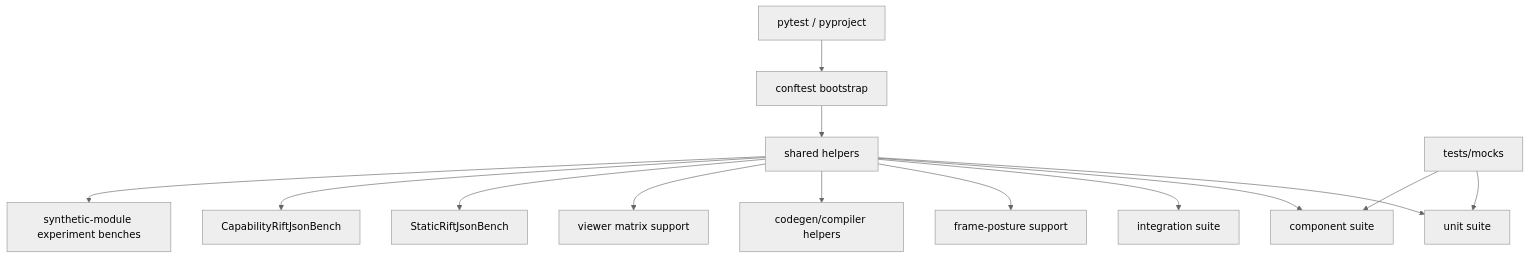
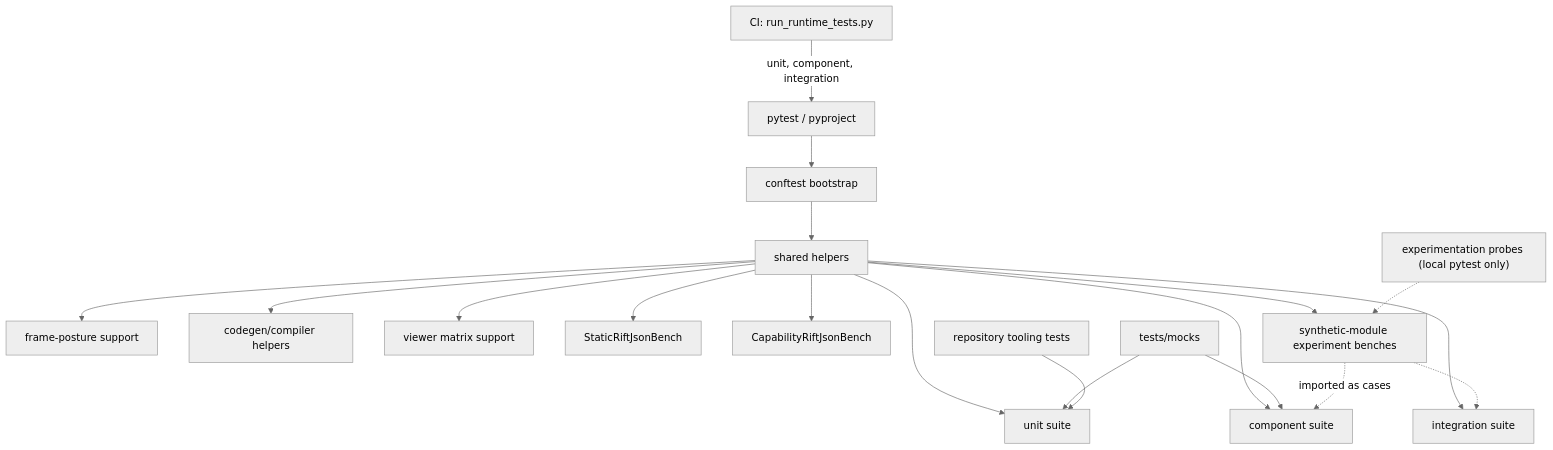
The diagram in context_compass/system_docs/tests_components.md (Synaptic724/melder), drawn with Mermaid (neutral theme) before and after one commit. The commit also changed other lines of this file and 46 other files, not shown here.

````diff
--- a/context_compass/system_docs/tests_components.md
+++ b/context_compass/system_docs/tests_components.md
@@ -1549,16 +2366,21 @@
 ```mermaid
 graph TD
+  CI["CI: run_runtime_tests.py"] -->|"unit, component, integration"| P
   P["pytest / pyproject"] --> C["conftest bootstrap"]
   C --> SH["shared helpers"]
   SH --> U["unit suite"]
   SH --> CP["component suite"]
   SH --> I["integration suite"]
   SH --> FP["frame-posture support"]
   SH --> CG["codegen/compiler helpers"]
   SH --> VM["viewer matrix support"]
   SH --> SR["StaticRiftJsonBench"]
   SH --> CR["CapabilityRiftJsonBench"]
   SH --> EX["synthetic-module experiment benches"]
   M["tests/mocks"] --> U
   M --> CP
+  EX -.->|"imported as cases"| CP
+  EX -.-> I
+  RT["repository tooling tests"] --> U
+  LOC["experimentation probes (local pytest only)"] -.-> EX
 ```
````
